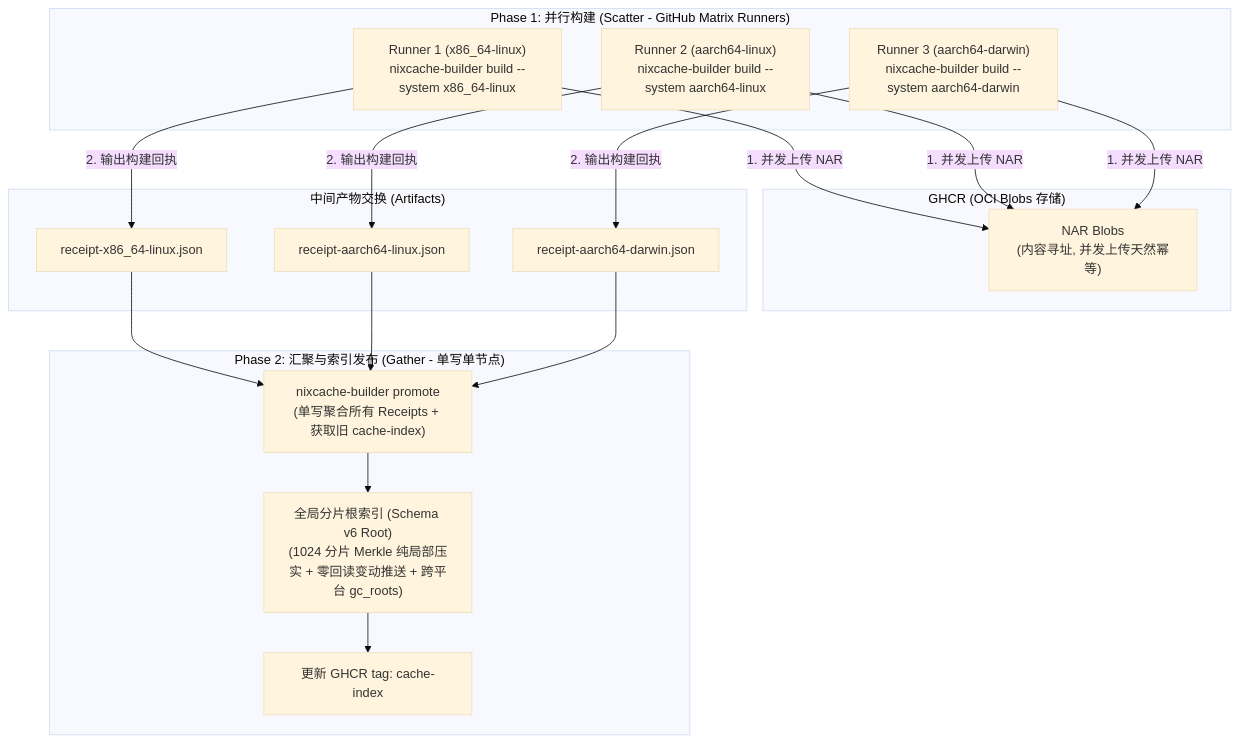
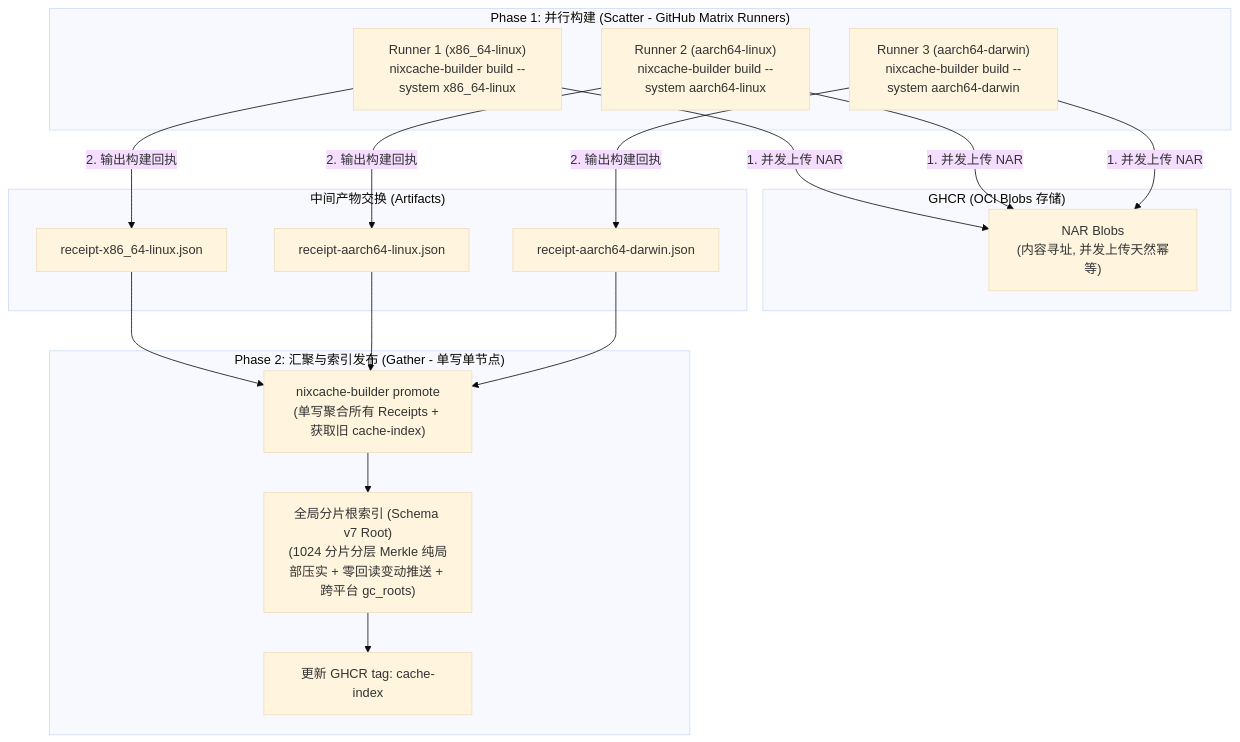
One commit to shaogme/nixcache-oci changed the first of 3 diagrams in README.md. Above: the diagram before and after it, drawn with Mermaid (base theme). The commit also changed other lines of this file and 29 other files, not shown here.

First line of the commit message:
feat(core,oci)!: upgrade index to Schema v7 with domain-separated hierarchical Merkle tree

````diff
--- a/README.md
+++ b/README.md
@@ -922,39 +922,39 @@
 ```mermaid
 flowchart TD
     subgraph Matrix ["Phase 1: 并行构建 (Scatter - GitHub Matrix Runners)"]
         RunnerA["Runner 1 (x86_64-linux)<br>nixcache-builder build --system x86_64-linux"]
         RunnerB["Runner 2 (aarch64-linux)<br>nixcache-builder build --system aarch64-linux"]
         RunnerC["Runner 3 (aarch64-darwin)<br>nixcache-builder build --system aarch64-darwin"]
     end
 
     subgraph OCI_Blobs ["GHCR (OCI Blobs 存储)"]
         BlobStorage["NAR Blobs<br>(内容寻址, 并发上传天然幂等)"]
     end
 
     subgraph Receipts ["中间产物交换 (Artifacts)"]
         ReceiptA["receipt-x86_64-linux.json"]
         ReceiptB["receipt-aarch64-linux.json"]
         ReceiptC["receipt-aarch64-darwin.json"]
     end
 
     subgraph Gather ["Phase 2: 汇聚与索引发布 (Gather - 单写单节点)"]
         Merger["nixcache-builder promote<br>(单写聚合所有 Receipts + 获取旧 cache-index)"]
-        MergedIndex["全局分片根索引 (Schema v6 Root)<br>(1024 分片 Merkle 纯局部压实 + 零回读变动推送 + 跨平台 gc_roots)"]
+        MergedIndex["全局分片根索引 (Schema v7 Root)<br>(1024 分片分层 Merkle 纯局部压实 + 零回读变动推送 + 跨平台 gc_roots)"]
         TagPush["更新 GHCR tag: cache-index"]
     end
 
     RunnerA -->|1. 并发上传 NAR| BlobStorage
     RunnerB -->|1. 并发上传 NAR| BlobStorage
     RunnerC -->|1. 并发上传 NAR| BlobStorage
 
     RunnerA -->|2. 输出构建回执| ReceiptA
     RunnerB -->|2. 输出构建回执| ReceiptB
     RunnerC -->|2. 输出构建回执| ReceiptC
 
     ReceiptA --> Merger
     ReceiptB --> Merger
     ReceiptC --> Merger
 
     Merger --> MergedIndex
     MergedIndex --> TagPush
 ```
````
